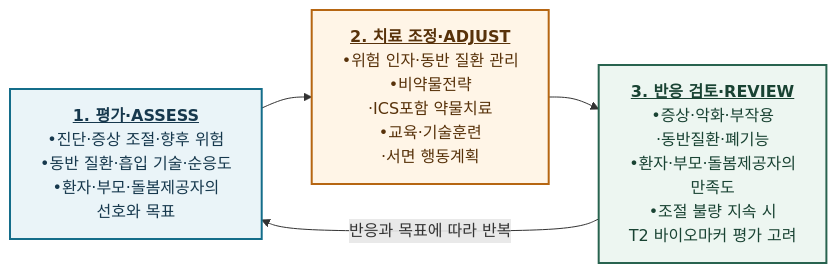
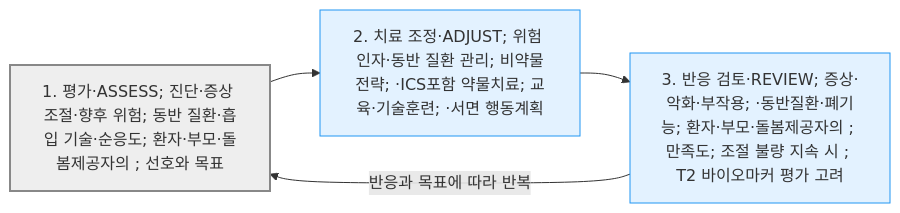
One commit to familyoh77/familyoh77 changed the second of 4 diagrams in 223_/071_-asthma.md. Above: the diagram before and after it, drawn with Mermaid. The commit also changed other lines of this file and 2 other files, not shown here.

````diff
--- a/223_/071_-asthma.md
+++ b/223_/071_-asthma.md
@@ -415,24 +416,15 @@
 ```mermaid
 flowchart LR
-    Assess["`<b><u>1. 평가·ASSESS</u></b>
-•진단·증상 조절·향후 위험
-•동반 질환·흡입 기술·순응도
-•환자·부모·돌봄제공자의 <br/>선호와 목표`"]
-    Adjust["`<b><u>2. 치료 조정·ADJUST</u></b>
-•위험 인자·동반 질환 관리
-•비약물전략<br/>·ICS포함 약물치료
-•교육·기술훈련<br/>·서면 행동계획`"]
-    Review["`<b><u>3. 반응 검토·REVIEW</u></b>
-•증상·악화·부작용<br/>·동반질환·폐기능
-•환자·부모·돌봄제공자의 <br/>만족도
-•조절 불량 지속 시 <br/>T2 바이오마커 평가 고려`"]
+    Assess["`1. 평가·ASSESS; 진단·증상 조절·향후 위험; 동반 질환·흡입 기술·순응도; 환자·부모·돌봄제공자의 ; 선호와 목표`"]
+    Adjust["`2. 치료 조정·ADJUST; 위험 인자·동반 질환 관리; 비약물전략; ·ICS포함 약물치료; 교육·기술훈련; ·서면 행동계획`"]
+    Review["`3. 반응 검토·REVIEW; 증상·악화·부작용; ·동반질환·폐기능; 환자·부모·돌봄제공자의 ; 만족도; 조절 불량 지속 시 ; T2 바이오마커 평가 고려`"]
     Assess --> Adjust
     Adjust --> Review
-    Review -->|반응과 목표에 따라 반복| Assess
-    classDef assess fill:#eaf4f8,stroke:#146d8a,color:#16384d,stroke-width:2px
-    classDef adjust fill:#fff5e7,stroke:#b66612,color:#58320a,stroke-width:2px
-    classDef review fill:#edf6f1,stroke:#28634f,color:#194333,stroke-width:2px
-    class Assess assess
-    class Adjust adjust
-    class Review review
+    Review -- "반응과 목표에 따라 반복" --> Assess
+    classDef start fill:#eee,stroke:#888,stroke-width:2px
+    classDef decision fill:#fff9c4,stroke:#ffe082
+    classDef emergency fill:#ffcdd2,stroke:#c62828,stroke-width:2px
+    classDef action fill:#e3f2ff,stroke:#2196f3
+    class Assess start
+    class Adjust,Review action
 ```
````
